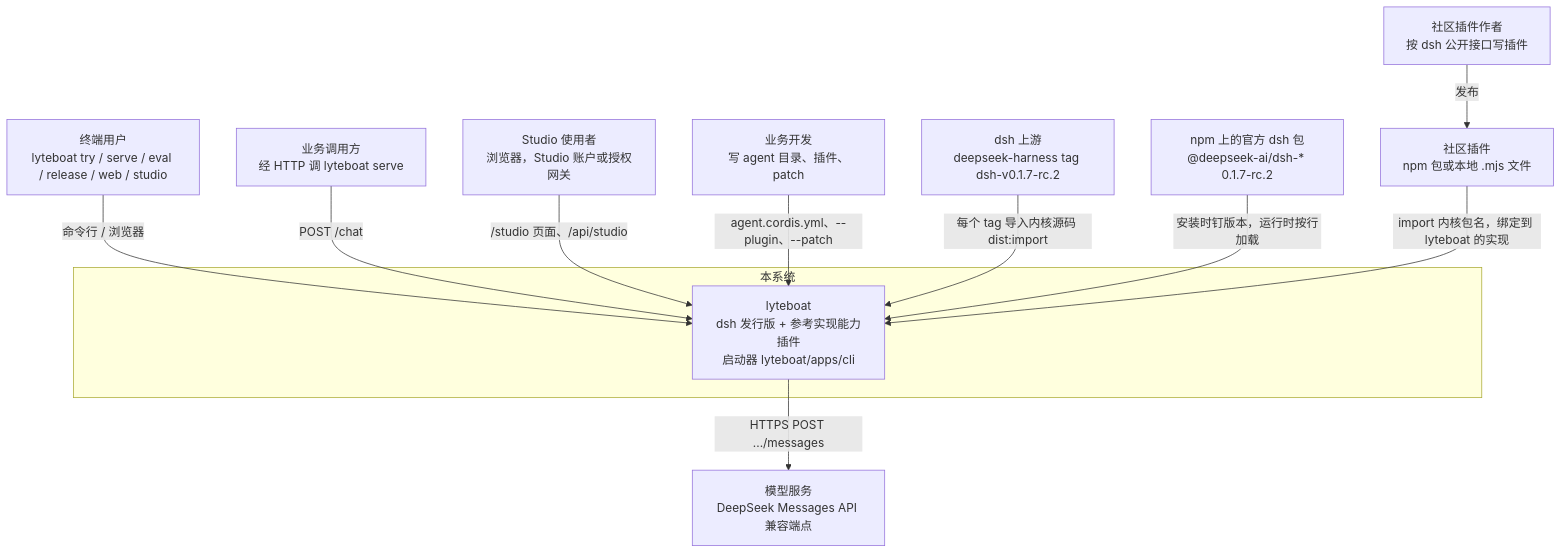
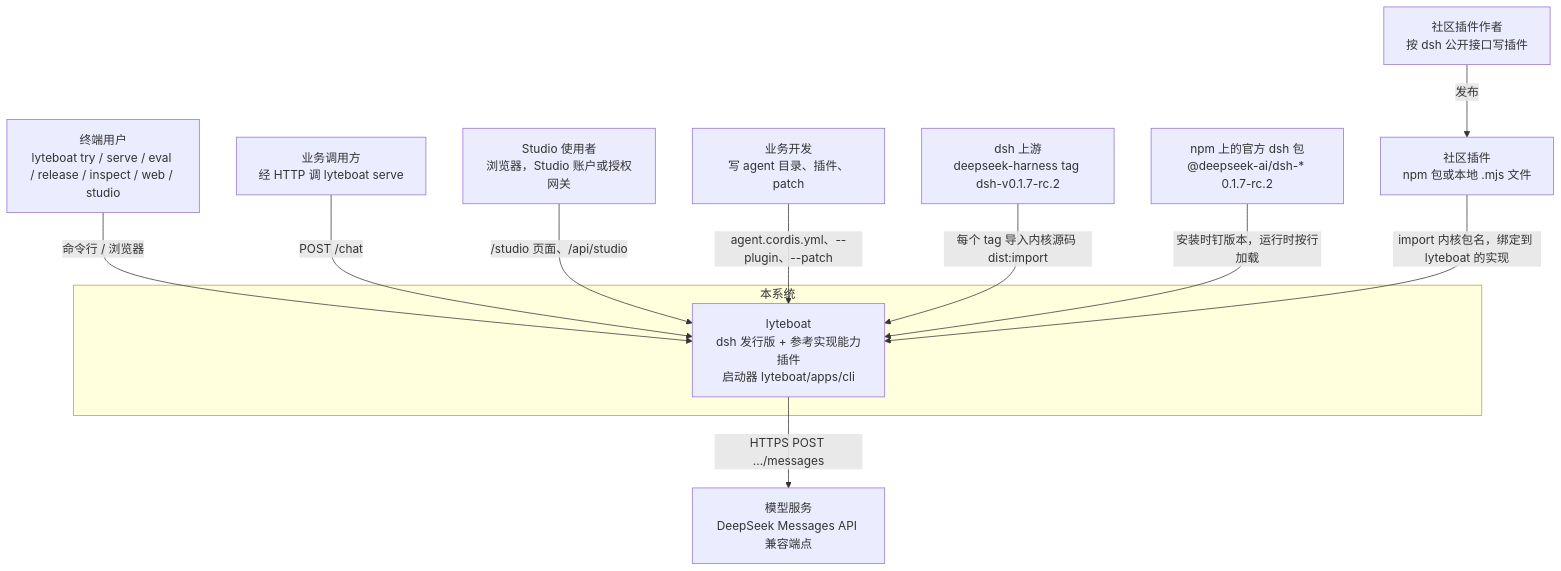
One commit to lyteboat/boat changed the first of 11 diagrams in docs/01-architecture.md. Above: the diagram before and after it, drawn with Mermaid. The commit also changed other lines of this file and 7 other files, not shown here.

````diff
--- a/docs/01-architecture.md
+++ b/docs/01-architecture.md
@@ -72,24 +68,24 @@
 ```mermaid
 flowchart TB
-  user["终端用户<br/>lyteboat try / serve / eval / release / web / studio"]
+  user["终端用户<br/>lyteboat try / serve / eval / release / inspect / web / studio"]
   caller["业务调用方<br/>经 HTTP 调 lyteboat serve"]
   sviewer["Studio 使用者<br/>浏览器，Studio 账户或授权网关"]
   dev["业务开发<br/>写 agent 目录、插件、patch"]
   author["社区插件作者<br/>按 dsh 公开接口写插件"]
   subgraph SYS["本系统"]
     lyteboat["lyteboat<br/>dsh 发行版 + 参考实现能力插件<br/>启动器 lyteboat/apps/cli"]
   end
   upstream["dsh 上游<br/>deepseek-harness tag dsh-v0.1.7-rc.2"]
   npm["npm 上的官方 dsh 包<br/>@deepseek-ai/dsh-* 0.1.7-rc.2"]
   cplug["社区插件<br/>npm 包或本地 .mjs 文件"]
   model["模型服务<br/>DeepSeek Messages API 兼容端点"]
   user -->|"命令行 / 浏览器"| lyteboat
   caller -->|"POST /chat"| lyteboat
   sviewer -->|"/studio 页面、/api/studio"| lyteboat
   dev -->|"agent.cordis.yml、--plugin、--patch"| lyteboat
   upstream -->|"每个 tag 导入内核源码 dist:import"| lyteboat
   npm -->|"安装时钉版本，运行时按行加载"| lyteboat
   author -->|"发布"| cplug
   cplug -->|"import 内核包名，绑定到 lyteboat 的实现"| lyteboat
   lyteboat -->|"HTTPS POST .../messages"| model
 ```
````
